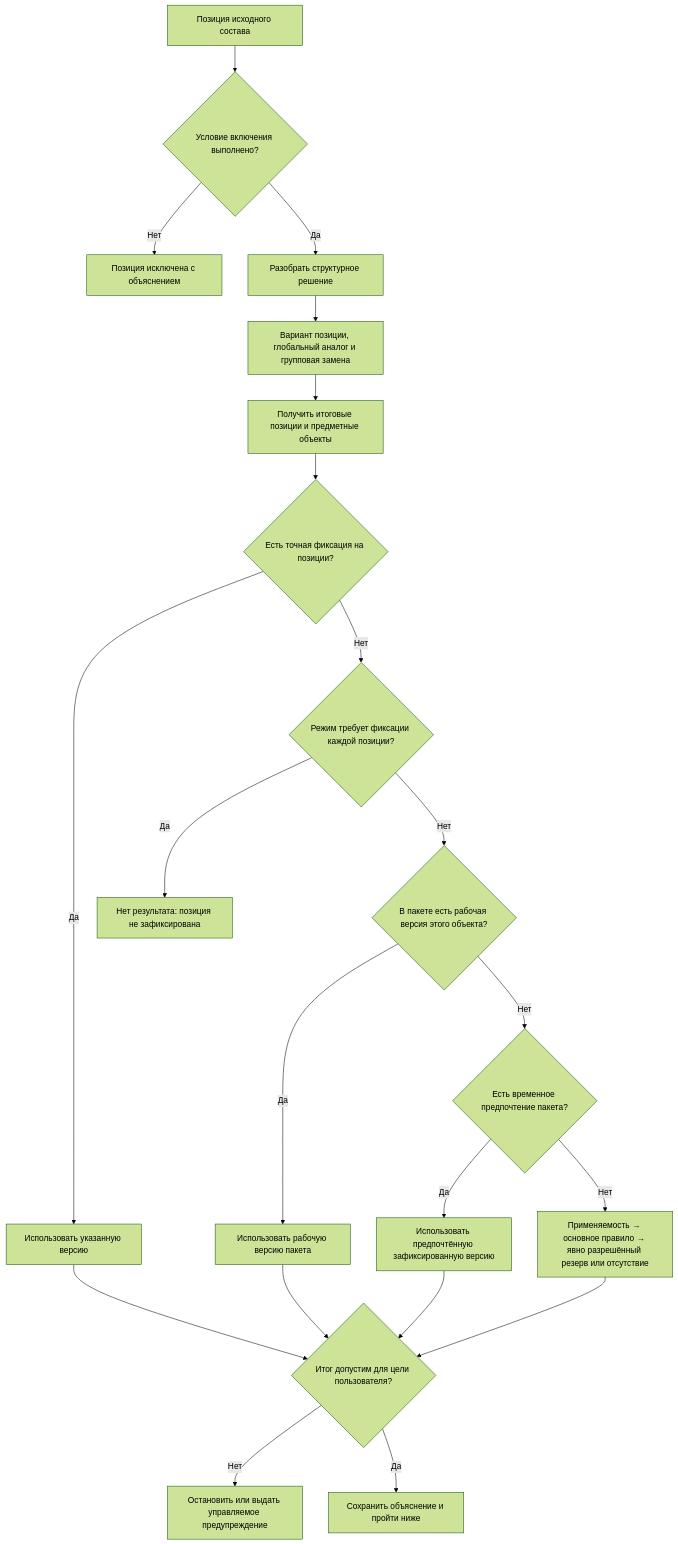
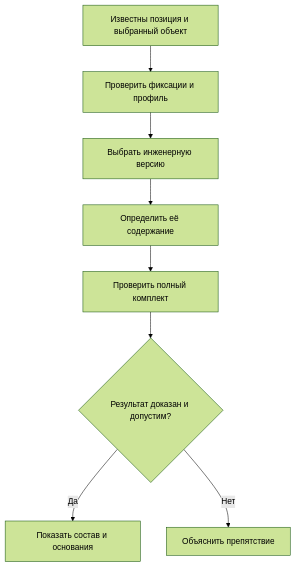
Before and after one commit to ZelAnton/Interlink-product-book: the second of 3 diagrams in docs/version-selection/18-user-operating-model.md, drawn with Mermaid (forest theme). The commit also changed other lines of this file and 231 other files, not shown here.

````diff
--- a/docs/version-selection/18-user-operating-model.md
+++ b/docs/version-selection/18-user-operating-model.md
@@ -130,23 +84,10 @@
 ```mermaid
 flowchart TD
-    A["Позиция исходного состава"] --> B{"Условие включения выполнено?"}
-    B -->|"Нет"| X["Позиция исключена с объяснением"]
-    B -->|"Да"| C["Разобрать структурное решение"]
-    C --> D["Вариант позиции, глобальный аналог и групповая замена"]
-    D --> K["Получить итоговые позиции и предметные объекты"]
-    K --> L{"Есть точная фиксация на позиции?"}
-    L -->|"Да"| M["Использовать указанную версию"]
-    L -->|"Нет"| N{"Режим требует фиксации каждой позиции?"}
-    N -->|"Да"| Z["Нет результата: позиция не зафиксирована"]
-    N -->|"Нет"| O{"В пакете есть рабочая версия этого объекта?"}
-    O -->|"Да"| P["Использовать рабочую версию пакета"]
-    O -->|"Нет"| Q{"Есть временное предпочтение пакета?"}
-    Q -->|"Да"| R["Использовать предпочтённую зафиксированную версию"]
-    Q -->|"Нет"| S["Применяемость → основное правило → явно разрешённый резерв или отсутствие"]
-    M --> T{"Итог допустим для цели пользователя?"}
-    P --> T
-    R --> T
-    S --> T
-    T -->|"Нет"| U["Остановить или выдать управляемое предупреждение"]
-    T -->|"Да"| V["Сохранить объяснение и пройти ниже"]
+    A["Известны позиция и выбранный объект"] --> B["Проверить фиксации и профиль"]
+    B --> C["Выбрать инженерную версию"]
+    C --> D["Определить её содержание"]
+    D --> E["Проверить полный комплект"]
+    E --> F{"Результат доказан и допустим?"}
+    F -->|"Да"| G["Показать состав и основания"]
+    F -->|"Нет"| H["Объяснить препятствие"]
 ```
````
